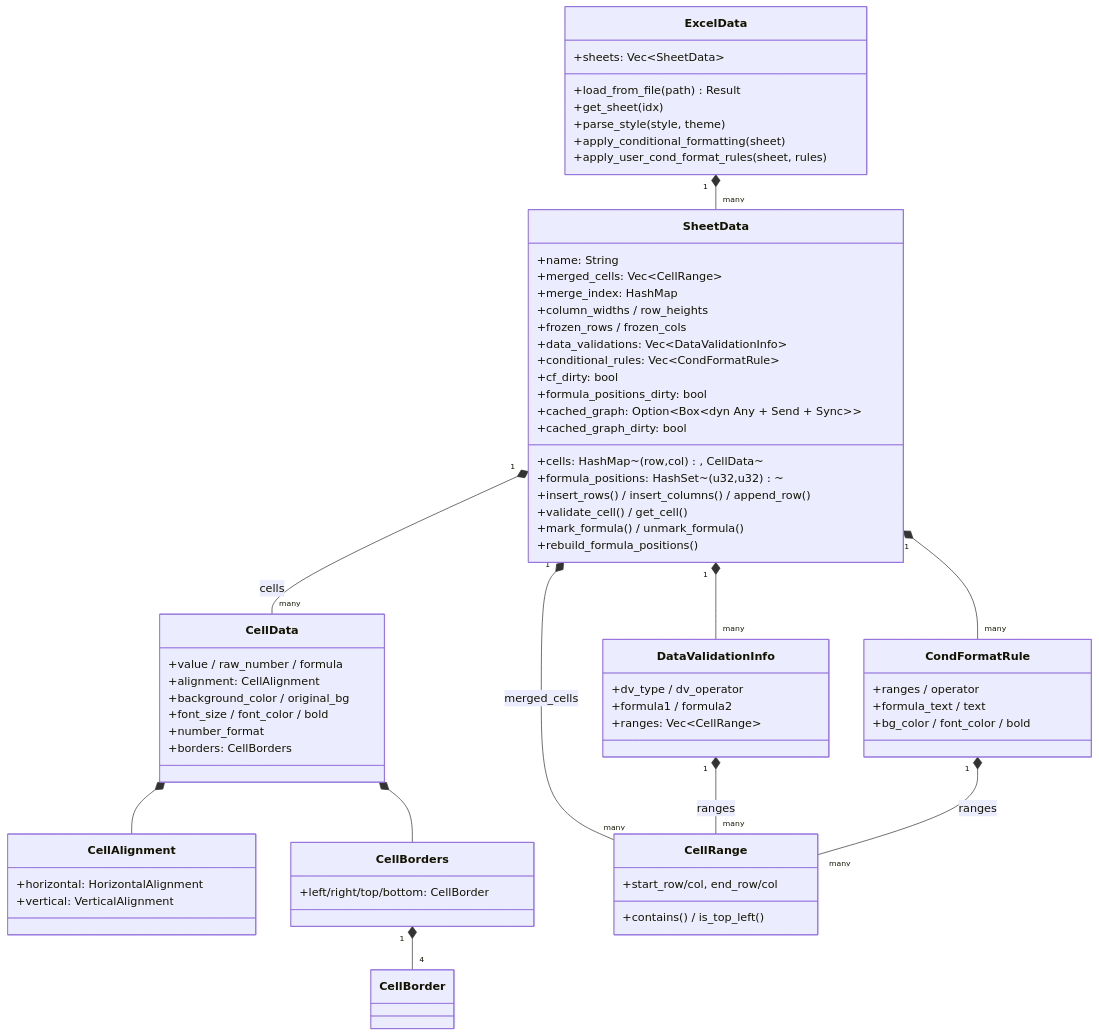
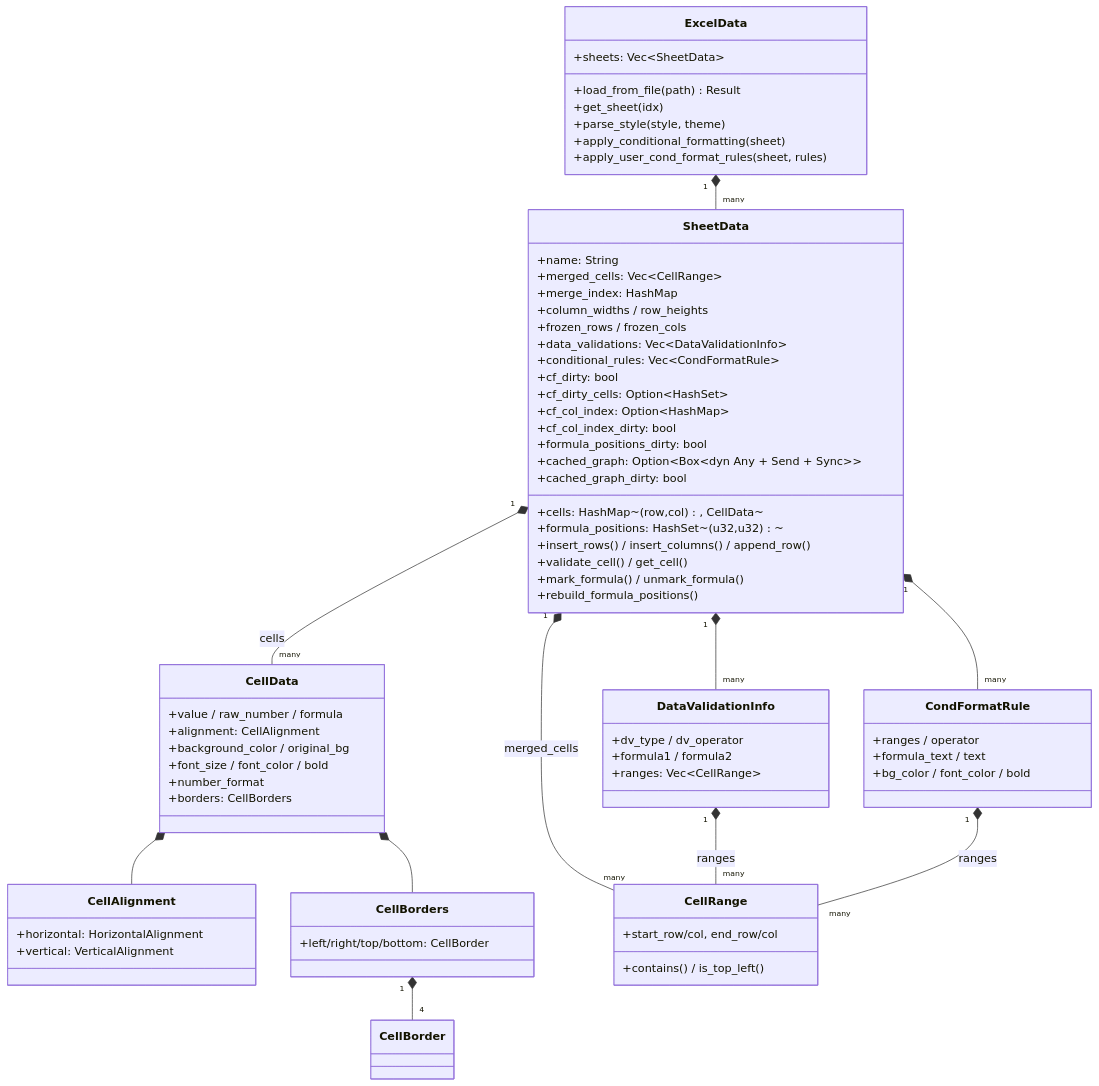
Before and after one commit to dunpju/umya-spreadsheet-excel: the first of 4 diagrams in docs/excel/reader.md, drawn with Mermaid. The commit also changed other lines of this file and 9 other files, not shown here.

First line of the commit message:
perf(excel): 优化公式依赖图缓存和条件格式重算性能

````diff
--- a/docs/excel/reader.md
+++ b/docs/excel/reader.md
@@ -150,70 +157,73 @@
 ```mermaid
 classDiagram
     class ExcelData {
         +sheets: Vec~SheetData~
         +load_from_file(path) Result
         +get_sheet(idx)
         +parse_style(style, theme)
         +apply_conditional_formatting(sheet)
         +apply_user_cond_format_rules(sheet, rules)
     }
     class SheetData {
         +name: String
         +cells: HashMap~(row,col), CellData~
         +merged_cells: Vec~CellRange~
         +merge_index: HashMap
         +column_widths / row_heights
         +frozen_rows / frozen_cols
         +data_validations: Vec~DataValidationInfo~
         +conditional_rules: Vec~CondFormatRule~
         +cf_dirty: bool
+        +cf_dirty_cells: Option~HashSet~
+        +cf_col_index: Option~HashMap~
+        +cf_col_index_dirty: bool
         +formula_positions: HashSet~(u32,u32)~
         +formula_positions_dirty: bool
         +cached_graph: Option~Box~dyn Any + Send + Sync~~
         +cached_graph_dirty: bool
         +insert_rows() / insert_columns() / append_row()
         +validate_cell() / get_cell()
         +mark_formula() / unmark_formula()
         +rebuild_formula_positions()
     }
     class CellData {
         +value / raw_number / formula
         +alignment: CellAlignment
         +background_color / original_bg
         +font_size / font_color / bold
         +number_format
         +borders: CellBorders
     }
     class CellAlignment {
         +horizontal: HorizontalAlignment
         +vertical: VerticalAlignment
     }
     class CellBorders {
         +left/right/top/bottom: CellBorder
     }
     class CellRange {
         +start_row/col, end_row/col
         +contains() / is_top_left()
     }
     class DataValidationInfo {
         +dv_type / dv_operator
         +formula1 / formula2
         +ranges: Vec~CellRange~
     }
     class CondFormatRule {
         +ranges / operator
         +formula_text / text
         +bg_color / font_color / bold
     }
 
     ExcelData "1" *-- "many" SheetData
     SheetData "1" *-- "many" CellData : cells
     SheetData "1" *-- "many" CellRange : merged_cells
     SheetData "1" *-- "many" DataValidationInfo
     SheetData "1" *-- "many" CondFormatRule
     CellData *-- CellAlignment
     CellData *-- CellBorders
     CellBorders "1" *-- "4" CellBorder
     DataValidationInfo "1" *-- "many" CellRange : ranges
     CondFormatRule "1" *-- "many" CellRange : ranges
 ```
````
